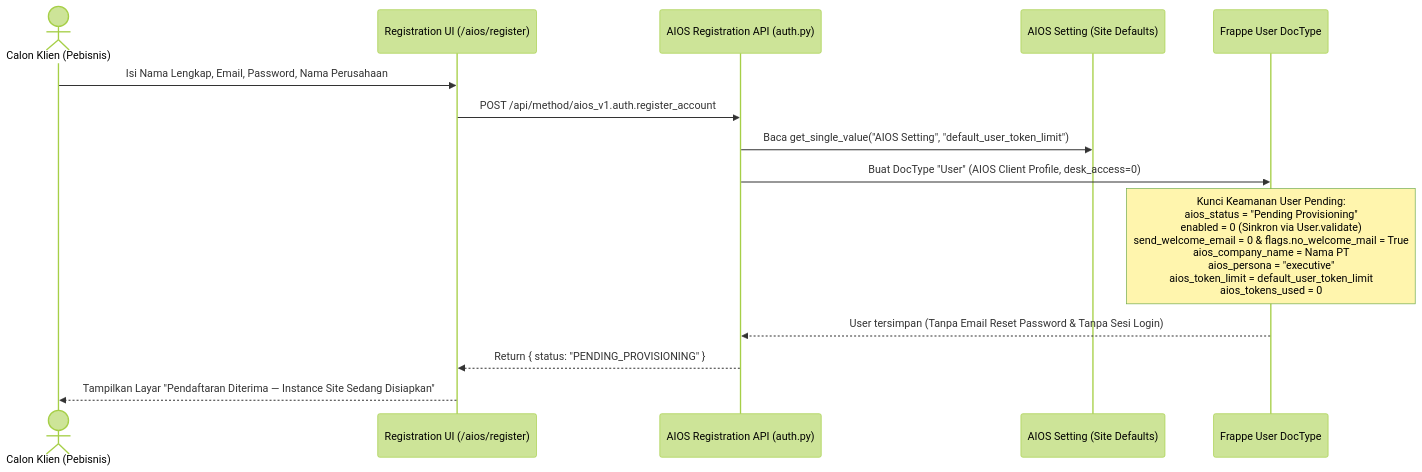
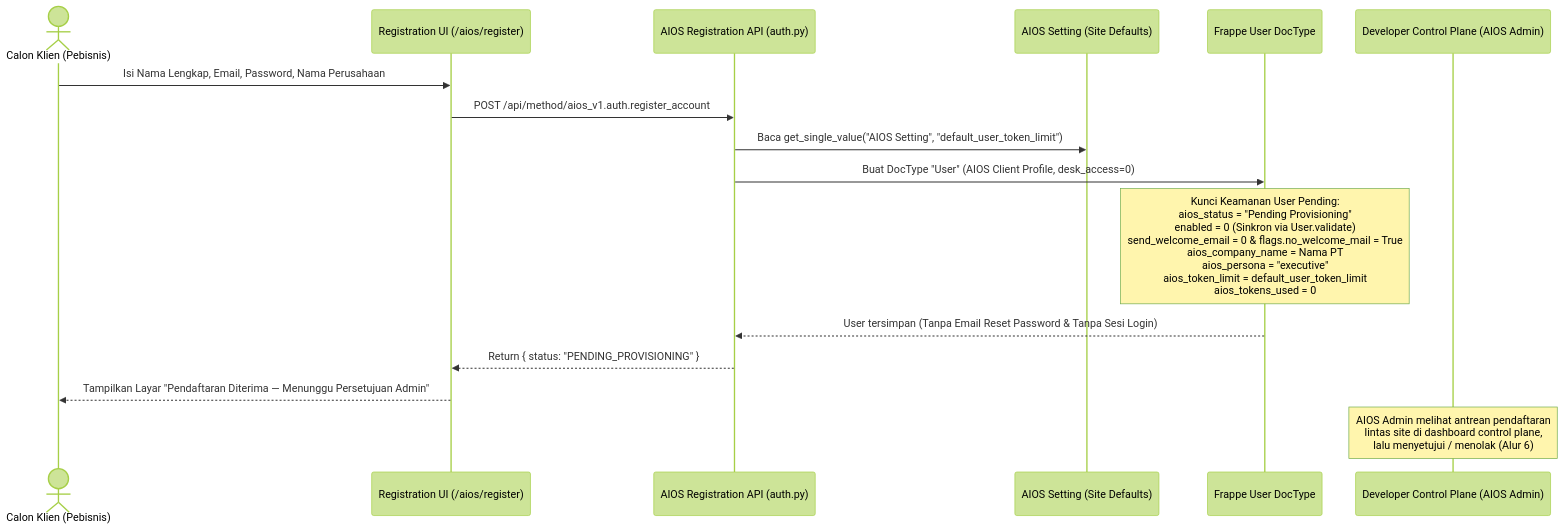
Before and after one commit to Tenshi1308/aios-frappe-16: the first of 7 diagrams in docs/04-alur-kerja-sistem.md, drawn with Mermaid (forest theme). The commit also changed other lines of this file and 7 other files, not shown here.

First line of the commit message:
docs(spec): developer control plane + koreksi izin AIOS Control

````diff
--- a/docs/04-alur-kerja-sistem.md
+++ b/docs/04-alur-kerja-sistem.md
@@ -11,17 +11,19 @@
 ```mermaid
 sequenceDiagram
     actor Klien as Calon Klien (Pebisnis)
     participant UI as Registration UI (/aios/register)
     participant API as AIOS Registration API (auth.py)
     participant Setting as AIOS Setting (Site Defaults)
     participant DB as Frappe User DocType
+    participant CP as Developer Control Plane (AIOS Admin)
 
     Klien->>UI: Isi Nama Lengkap, Email, Password, Nama Perusahaan
     UI->>API: POST /api/method/aios_v1.auth.register_account
     API->>Setting: Baca get_single_value("AIOS Setting", "default_user_token_limit")
     API->>DB: Buat DocType "User" (AIOS Client Profile, desk_access=0)
     Note over DB: Kunci Keamanan User Pending:<br/>aios_status = "Pending Provisioning"<br/>enabled = 0 (Sinkron via User.validate)<br/>send_welcome_email = 0 & flags.no_welcome_mail = True<br/>aios_company_name = Nama PT<br/>aios_persona = "executive"<br/>aios_token_limit = default_user_token_limit<br/>aios_tokens_used = 0
     DB-->>API: User tersimpan (Tanpa Email Reset Password & Tanpa Sesi Login)
     API-->>UI: Return { status: "PENDING_PROVISIONING" }
-    UI-->>Klien: Tampilkan Layar "Pendaftaran Diterima — Instance Site Sedang Disiapkan"
+    UI-->>Klien: Tampilkan Layar "Pendaftaran Diterima — Menunggu Persetujuan Admin"
+    Note over CP: AIOS Admin melihat antrean pendaftaran<br/>lintas site di dashboard control plane,<br/>lalu menyetujui / menolak (Alur 6)
 ```
````
